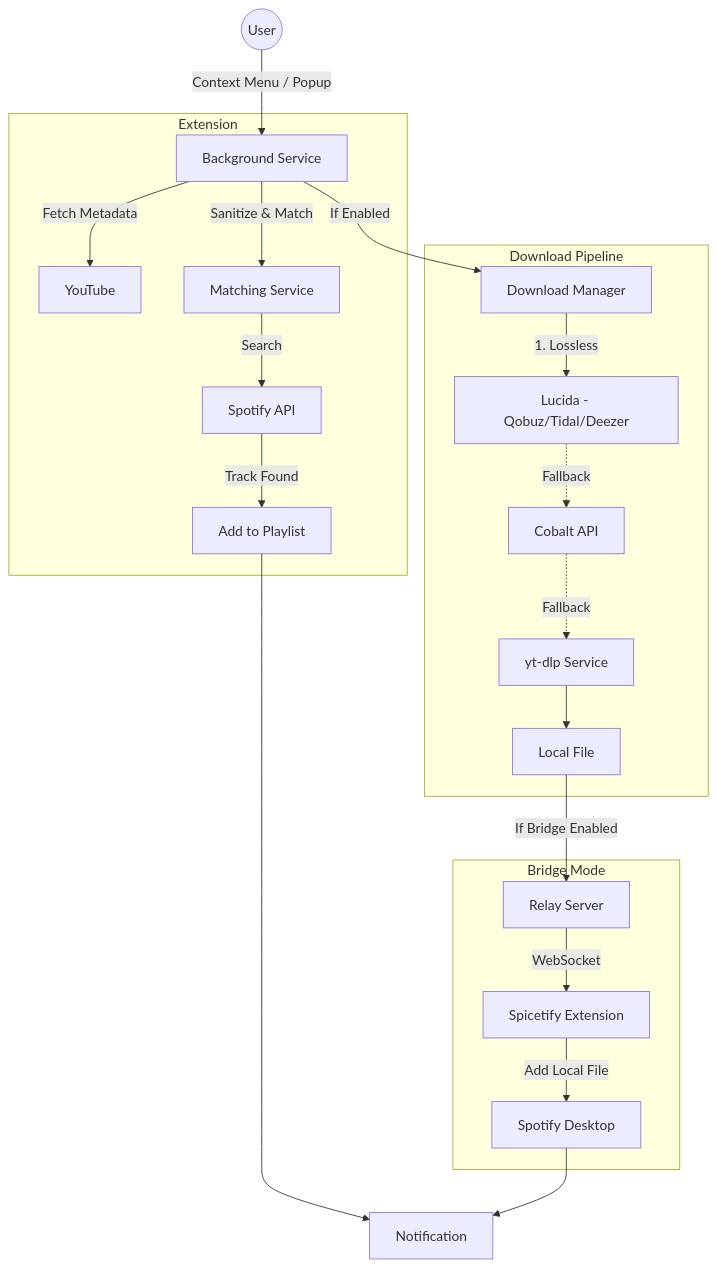
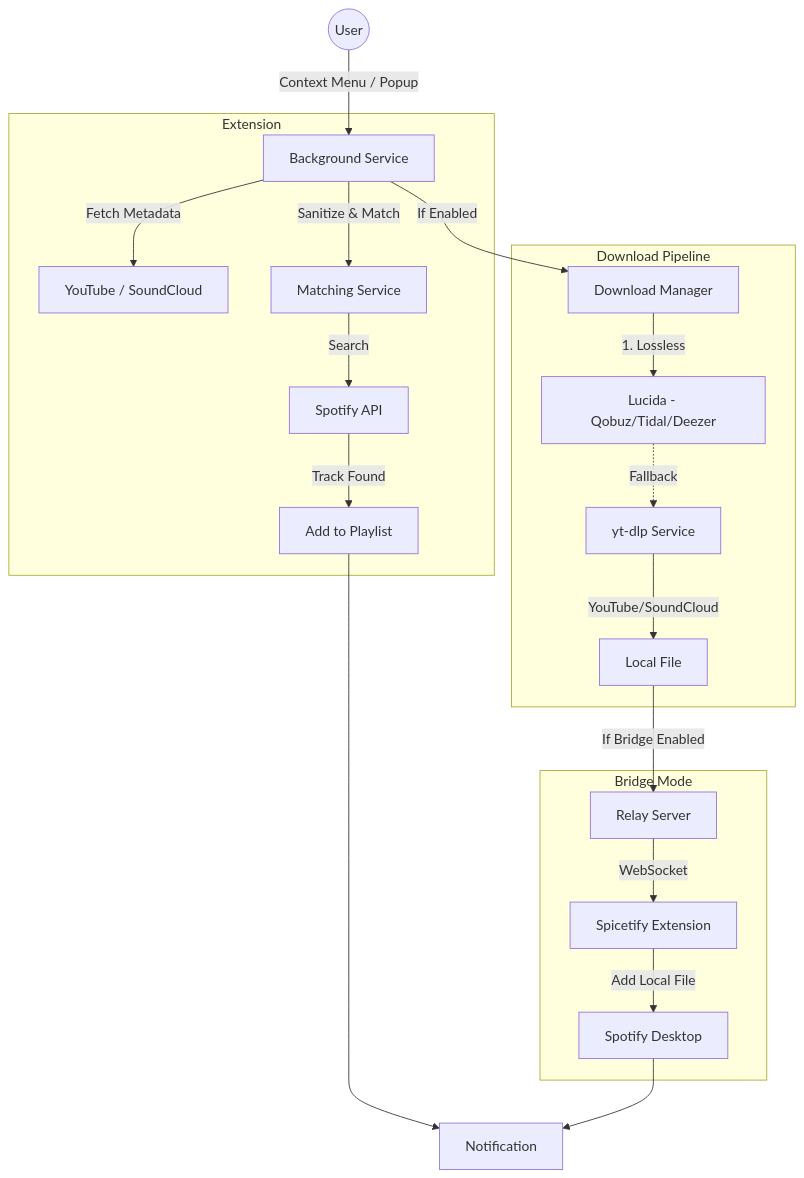
Before and after one commit to Microck/tuneport: the diagram in README.md, drawn with Mermaid. The commit also changed other lines of this file and 19 other files, not shown here.

First line of the commit message:
feat: add SoundCloud support (#7)

````diff
--- a/README.md
+++ b/README.md
@@ -138,28 +141,27 @@
 ```mermaid
 graph TD
     User((User)) -->|Context Menu / Popup| BG[Background Service]
     
     subgraph Extension
-        BG -->|Fetch Metadata| YT[YouTube]
+        BG -->|Fetch Metadata| Sources[YouTube / SoundCloud]
         BG -->|Sanitize & Match| Match[Matching Service]
         Match -->|Search| SpotAPI[Spotify API]
         SpotAPI -->|Track Found| Add[Add to Playlist]
     end
     
     subgraph Download Pipeline
         BG -->|If Enabled| DL[Download Manager]
         DL -->|1. Lossless| Lucida[Lucida - Qobuz/Tidal/Deezer]
-        Lucida -.->|Fallback| Cobalt[Cobalt API]
-        Cobalt -.->|Fallback| YtDlp[yt-dlp Service]
-        YtDlp --> Disk[Local File]
+        Lucida -.->|Fallback| YtDlp[yt-dlp Service]
+        YtDlp -->|YouTube/SoundCloud| Disk[Local File]
     end
     
     subgraph Bridge Mode
         Disk -->|If Bridge Enabled| Relay[Relay Server]
         Relay -->|WebSocket| Spicetify[Spicetify Extension]
         Spicetify -->|Add Local File| SpotDesktop[Spotify Desktop]
     end
     
     Add --> Notify[Notification]
     SpotDesktop --> Notify
 ```
````
